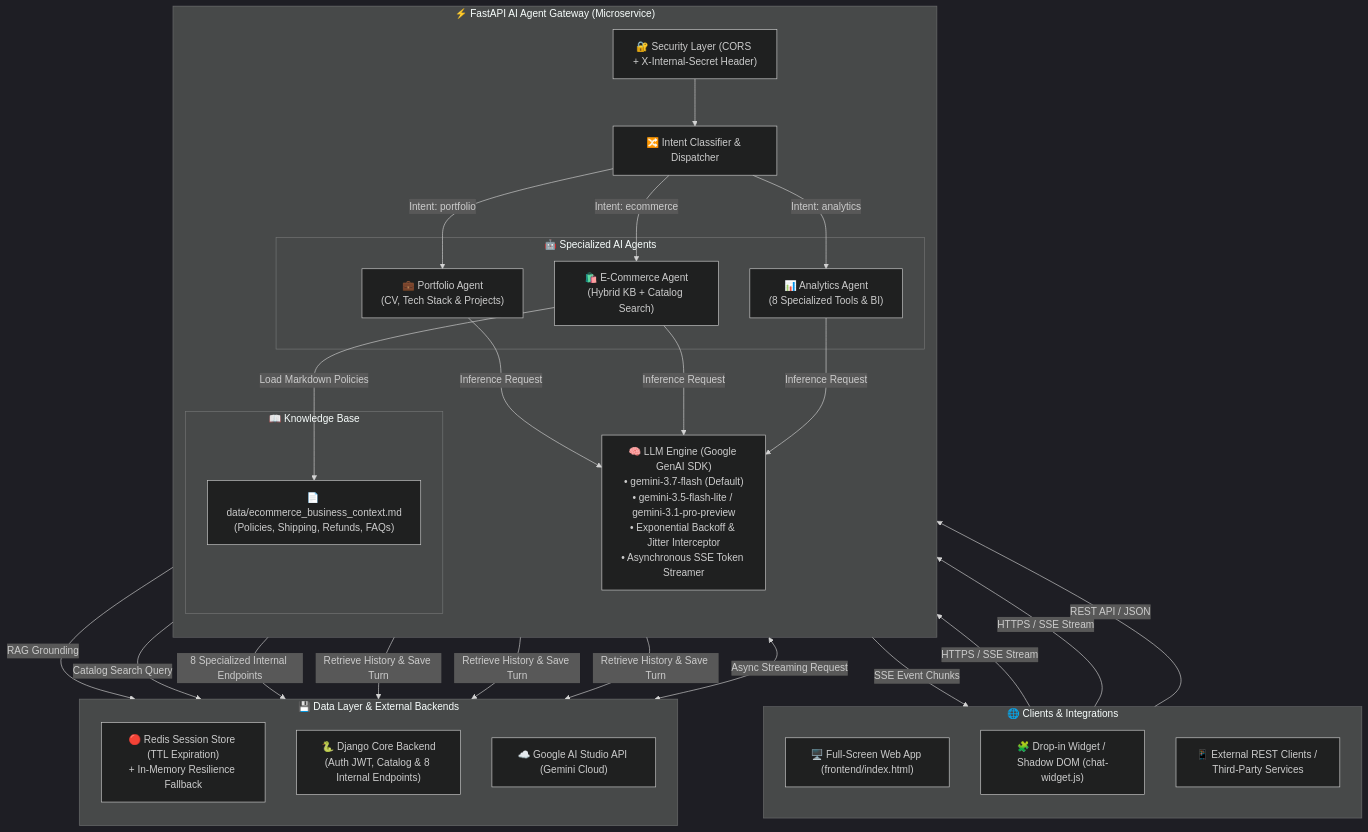
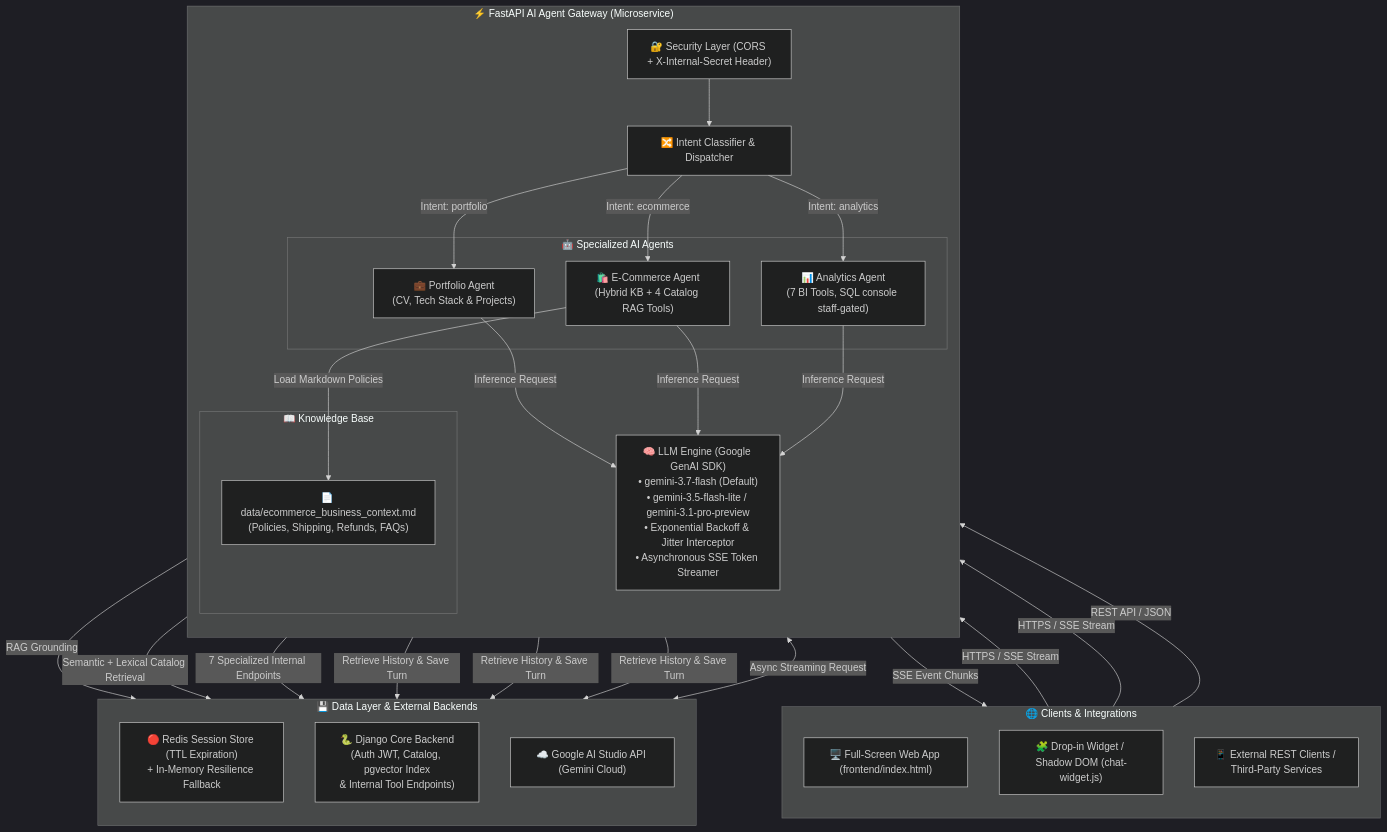
One commit to waycold/Chatbot-Engine-Gateway changed the diagram in README.md. Above: the diagram before and after it, drawn with Mermaid (dark theme). The commit also changed other lines of this file and 30 other files, not shown here.

First line of the commit message:
feat(embeddings): implement text embedding service and pgvector RAG catalog search

````diff
--- a/README.md
+++ b/README.md
@@ -47,54 +49,54 @@
 ```mermaid
 flowchart TD
     subgraph Clients["🌐 Clients & Integrations"]
         direction TB
         WebApp["🖥️ Full-Screen Web App (frontend/index.html)"]
         Widget["🧩 Drop-in Widget / Shadow DOM (chat-widget.js)"]
         ExternalApps["📱 External REST Clients / Third-Party Services"]
     end
 
     subgraph Gateway["⚡ FastAPI AI Agent Gateway (Microservice)"]
         direction TB
         Security["🔐 Security Layer (CORS + X-Internal-Secret Header)"]
         Router["🔀 Intent Classifier & Dispatcher"]
         
         subgraph Agents["🤖 Specialized AI Agents"]
             AgPortfolio["💼 Portfolio Agent<br/>(CV, Tech Stack & Projects)"]
-            AgEcom["🛍️ E-Commerce Agent<br/>(Hybrid KB + Catalog Search)"]
-            AgAnalytics["📊 Analytics Agent<br/>(8 Specialized Tools & BI)"]
+            AgEcom["🛍️ E-Commerce Agent<br/>(Hybrid KB + 4 Catalog RAG Tools)"]
+            AgAnalytics["📊 Analytics Agent<br/>(7 BI Tools, SQL console staff-gated)"]
         end
 
         subgraph KnowledgeBase["📖 Knowledge Base"]
             KBDoc["📄 data/ecommerce_business_context.md<br/>(Policies, Shipping, Refunds, FAQs)"]
         end
 
         LLMService["🧠 LLM Engine (Google GenAI SDK)<br/>• gemini-3.7-flash (Default)<br/>• gemini-3.5-flash-lite / gemini-3.1-pro-preview<br/>• Exponential Backoff & Jitter Interceptor<br/>• Asynchronous SSE Token Streamer"]
     end
 
     subgraph StateAndBackend["💾 Data Layer & External Backends"]
         direction TB
         Redis["🔴 Redis Session Store (TTL Expiration)<br/>+ In-Memory Resilience Fallback"]
-        DjangoMonolith["🐍 Django Core Backend<br/>(Auth JWT, Catalog & 8 Internal Endpoints)"]
+        DjangoMonolith["🐍 Django Core Backend<br/>(Auth JWT, Catalog, pgvector Index<br/>& Internal Tool Endpoints)"]
         GeminiAPI["☁️ Google AI Studio API (Gemini Cloud)"]
     end
 
     WebApp -->|HTTPS / SSE Stream| Security
     Widget -->|HTTPS / SSE Stream| Security
     ExternalApps -->|REST API / JSON| Security
 
     Security --> Router
     Router -->|Intent: portfolio| AgPortfolio
     Router -->|Intent: ecommerce| AgEcom
     Router -->|Intent: analytics| AgAnalytics
 
     AgPortfolio -->|RAG Grounding| DjangoMonolith
     AgEcom -->|Load Markdown Policies| KBDoc
-    AgEcom -->|Catalog Search Query| DjangoMonolith
-    AgAnalytics -->|8 Specialized Internal Endpoints| DjangoMonolith
+    AgEcom -->|Semantic + Lexical Catalog Retrieval| DjangoMonolith
+    AgAnalytics -->|7 Specialized Internal Endpoints| DjangoMonolith
 
     AgPortfolio & AgEcom & AgAnalytics -->|Retrieve History & Save Turn| Redis
     AgPortfolio & AgEcom & AgAnalytics -->|Inference Request| LLMService
 
     LLMService <-->|Async Streaming Request| GeminiAPI
     LLMService -->|SSE Event Chunks| Clients
 ```
````
